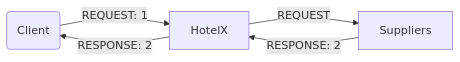
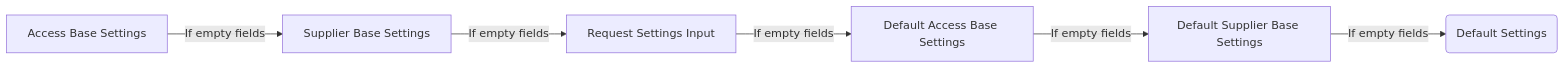
Before and after one commit to travelgateX/documentation-site: the diagram in content/hotelx/concepts/settings.md, drawn with Mermaid. The commit also changed other lines of this file, not shown here.

Commit message:
Fix sample links & graphic

```diff
--- a/content/hotelx/concepts/settings.md
+++ b/content/hotelx/concepts/settings.md
@@ -142,7 +143,8 @@
 {{<mermaid align="left">}}
 graph LR;
-    A[Clients] -->|REQUEST: 1| B(HotelX)
-    B[HotelX] -->|REQUEST| C(Suppliers)
-    C[Suppliers] -->|RESPONSE: 2| B(HotelX)
-    B[HotelX] -->|RESPONSE: 2| A(Client)
+    A[Access Base Settings] -->|If empty fields| B(Supplier Base Settings)
+    B[Supplier Base Settings] -->|If empty fields| C(Request Settings Input)
+    C[Request Settings Input] -->|If empty fields| D(Default Access Base Settings)
+    D[Default Access Base Settings] -->|If empty fields| E(Default Supplier Base Settings)
+    E[Default Supplier Base Settings] -->|If empty fields| F(Default Settings)
 {{< /mermaid >}}
```
